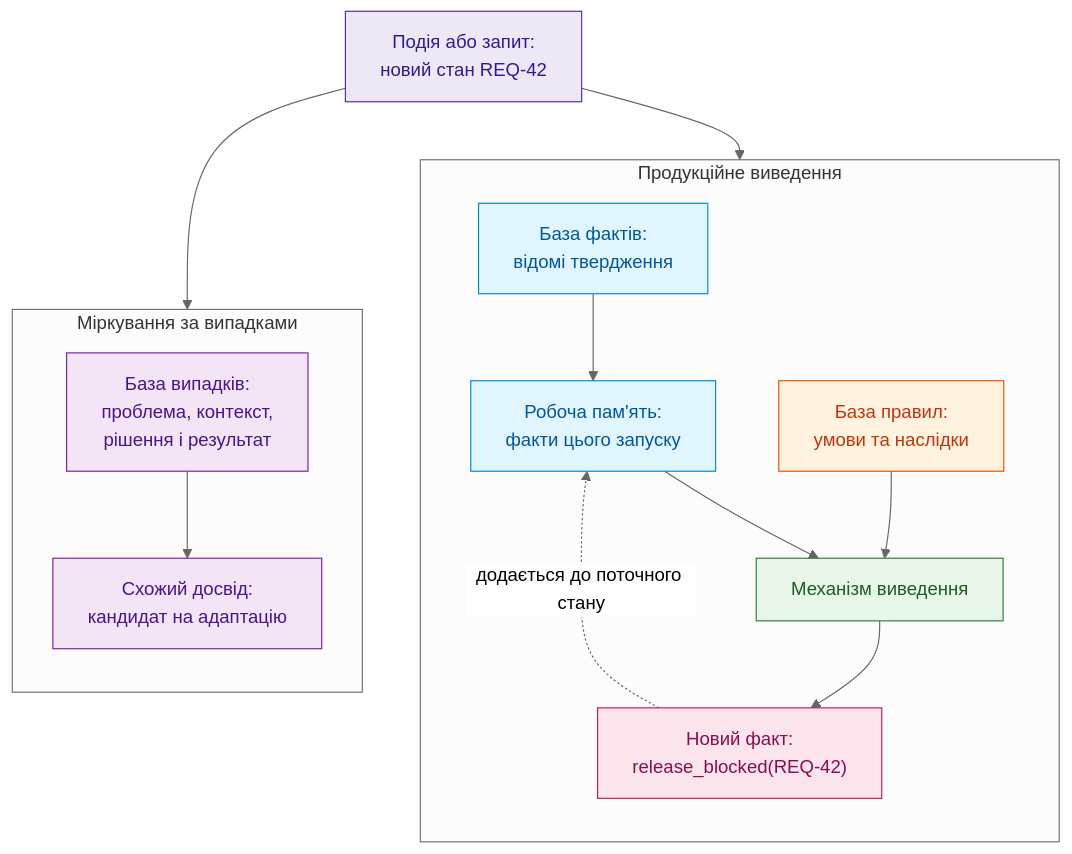
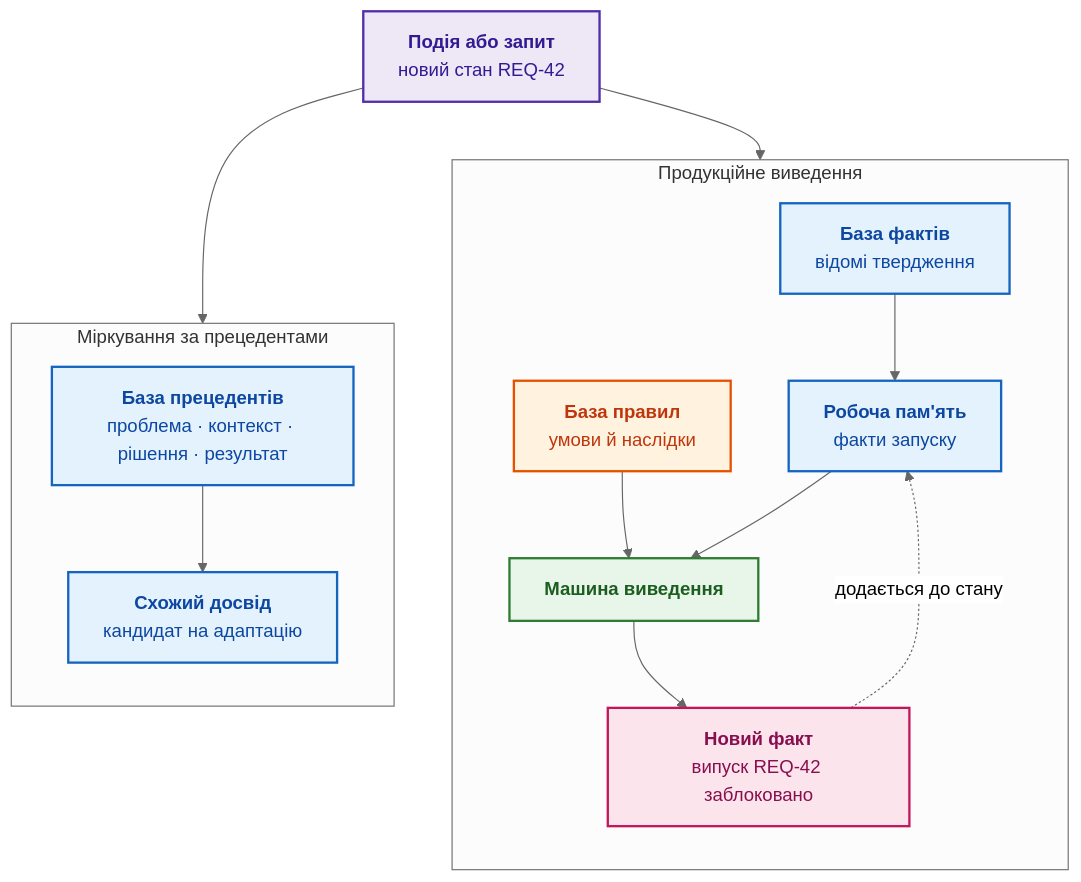
The second of 5 diagrams in ExpertSystem/ch07-knowledge-base-typology.md (nick-fedchik/articles), drawn with Mermaid (neutral theme) before and after one commit. The commit also changed other lines of this file, not shown here.

````diff
--- a/ExpertSystem/ch07-knowledge-base-typology.md
+++ b/ExpertSystem/ch07-knowledge-base-typology.md
@@ -323,52 +243,37 @@
 ```mermaid
 flowchart TB
-    accTitle: Продукційне виведення проти міркування за випадками
-    accDescr: Схема взаємодії фактів, робочої пам'яті, бази правил і механізму виведення в продукційній системі та паралельне звернення до бази випадків.
+    accTitle: Продукційне виведення поруч із міркуванням за прецедентами
+    accDescr: Факти потрапляють у робочу пам'ять, машина виведення поєднує факти з правилами й додає висновок, а база прецедентів паралельно повертає схожий досвід.
 
-    Input["Подія або запит:<br/>новий стан REQ-42"]
-    Facts["База фактів:<br/>відомі твердження"]
-    Working["Робоча пам'ять:<br/>факти цього запуску"]
-    Rules["База правил:<br/>умови та наслідки"]
-    Engine["Механізм виведення"]
-    Conclusion["Новий факт:<br/>release_blocked(REQ-42)"]
-    Cases["База випадків:<br/>проблема, контекст,<br/>рішення і результат"]
-    Candidate["Схожий досвід:<br/>кандидат на адаптацію"]
+    Input["<b>Подія або запит</b><br/>новий стан REQ-42"]
 
     subgraph Production["Продукційне виведення"]
         direction TB
-        Facts
-        Working
-        Rules
-        Engine
-        Conclusion
-        Facts --> Working
+        Facts["<b>База фактів</b><br/>відомі твердження"] --> Working["<b>Робоча пам'ять</b><br/>факти запуску"]
+        Rules["<b>База правил</b><br/>умови й наслідки"] --> Engine["<b>Машина виведення</b>"]
         Working --> Engine
-        Rules --> Engine
-        Engine --> Conclusion
-        Conclusion -.->|"додається до поточного стану"| Working
+        Engine --> Conclusion["<b>Новий факт</b><br/>випуск REQ-42 заблоковано"]
+        Conclusion -.->|"додається до стану"| Working
     end
 
-    subgraph Experience["Міркування за випадками"]
+    subgraph Experience["Міркування за прецедентами"]
         direction TB
-        Cases
-        Candidate
-        Cases --> Candidate
+        Cases["<b>База прецедентів</b><br/>проблема · контекст · рішення · результат"] --> Candidate["<b>Схожий досвід</b><br/>кандидат на адаптацію"]
     end
 
     Input --> Working
     Input --> Cases
 
-    classDef input fill:#ede7f6,stroke:#512da8,color:#311b92;
-    classDef memory fill:#e1f5fe,stroke:#0288d1,color:#01579b;
-    classDef rule fill:#fff3e0,stroke:#e65100,color:#bf360c;
-    classDef engine fill:#e8f5e9,stroke:#2e7d32,color:#1b5e20;
-    classDef concl fill:#fce4ec,stroke:#c2185b,color:#880e4f;
-    classDef caseStyle fill:#f3e5f5,stroke:#7b1fa2,color:#4a148c;
+    classDef input fill:#ede7f6,stroke:#512da8,stroke-width:2px,color:#311b92;
+    classDef memory fill:#e3f2fd,stroke:#1565c0,stroke-width:2px,color:#0d47a1;
+    classDef rule fill:#fff3e0,stroke:#e65100,stroke-width:2px,color:#bf360c;
+    classDef engine fill:#e8f5e9,stroke:#2e7d32,stroke-width:2px,color:#1b5e20;
+    classDef concl fill:#fce4ec,stroke:#c2185b,stroke-width:2px,color:#880e4f;
 
     class Input input;
     class Facts,Working memory;
     class Rules rule;
     class Engine engine;
     class Conclusion concl;
-    class Cases,Candidate caseStyle;
+    class Cases,Candidate memory;
 ```
````
